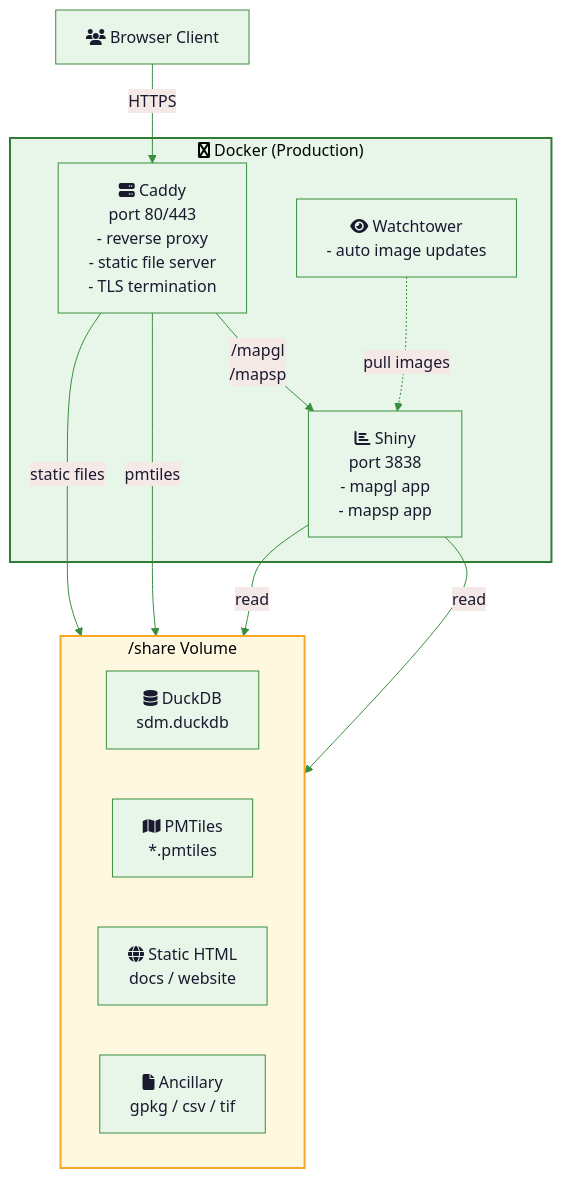
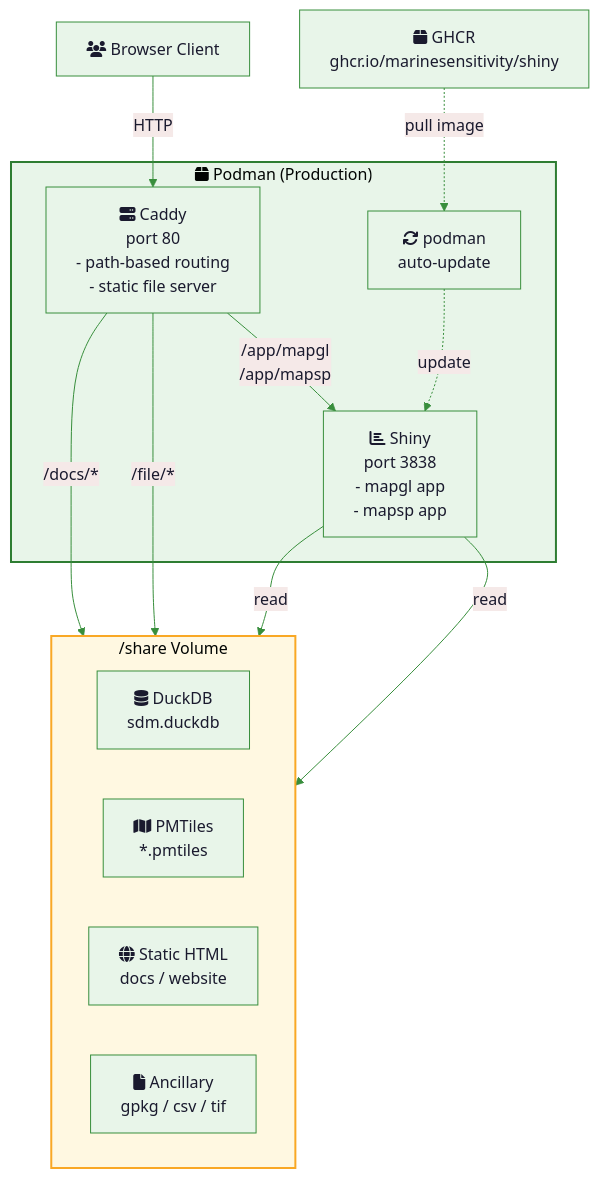
One commit to MarineSensitivity/server changed the third of 3 diagrams in sync.qmd. Above: the diagram before and after it, drawn with Mermaid. The commit also changed other lines of this file and 8 other files, not shown here.

Commit message:
docker (laptop) -> podman (internal server), + docker-shiny.yml for prod

````diff
--- a/sync.qmd
+++ b/sync.qmd
@@ -498,44 +498,47 @@
 ```{mermaid}
 %%| label: fig-prod-stack
-%%| fig-cap: "Production server Docker services and data flow. Caddy serves static content and proxies Shiny. Data files are mounted as volumes."
+%%| fig-cap: "Production server Podman services and data flow. Caddy serves static content and proxies Shiny. Data files are mounted as volumes."
 %%| fig-width: 8
 
 %%{init: {
   'theme': 'base',
   'themeVariables': {
     'primaryColor':       '#E8F5E9',
     'primaryTextColor':   '#1a1a2e',
     'primaryBorderColor': '#388E3C',
     'lineColor':          '#388E3C',
     'fontFamily':         'arial'
   }
 }}%%
 
 flowchart TB
   CLIENT["fa:fa-users Browser Client"]
 
-  subgraph DOCKER["fa:fa-docker Docker (Production)"]
-    CADDY["fa:fa-server Caddy<br>port 80/443<br>- reverse proxy<br>- static file server<br>- TLS termination"]
+  subgraph DOCKER["fa:fa-box Podman (Production)"]
+    CADDY["fa:fa-server Caddy<br>port 80<br>- path-based routing<br>- static file server"]
     SHINY["fa:fa-chart-bar Shiny<br>port 3838<br>- mapgl app<br>- mapsp app"]
-    WATCH["fa:fa-eye Watchtower<br>- auto image updates"]
+    WATCH["fa:fa-sync podman<br>auto-update"]
   end
+
+  GHCR["fa:fa-box GHCR<br>ghcr.io/marinesensitivity/shiny"]
 
   subgraph DATA["/share Volume"]
     direction LR
     DUCKDB["fa:fa-database DuckDB<br>sdm.duckdb"]
     PMTILES["fa:fa-map PMTiles<br>*.pmtiles"]
     STATIC["fa:fa-globe Static HTML<br>docs / website"]
     FILES["fa:fa-file Ancillary<br>gpkg / csv / tif"]
   end
 
-  CLIENT -->|"HTTPS"| CADDY
-  CADDY -->|"/mapgl<br>/mapsp"| SHINY
-  CADDY -->|"static files"| STATIC
-  CADDY -->|"pmtiles"| PMTILES
+  CLIENT -->|"HTTP"| CADDY
+  CADDY -->|"/app/mapgl<br>/app/mapsp"| SHINY
+  CADDY -->|"/docs/*"| STATIC
+  CADDY -->|"/file/*"| PMTILES
   SHINY -->|"read"| DUCKDB
   SHINY -->|"read"| FILES
-  WATCH -.->|"pull images"| SHINY
+  GHCR -.->|"pull image"| WATCH
+  WATCH -.->|"update"| SHINY
 
   style DOCKER fill:#E8F5E9,stroke:#2E7D32,stroke-width:2px
   style DATA fill:#FFF8E1,stroke:#F9A825,stroke-width:2px
 ```
````
